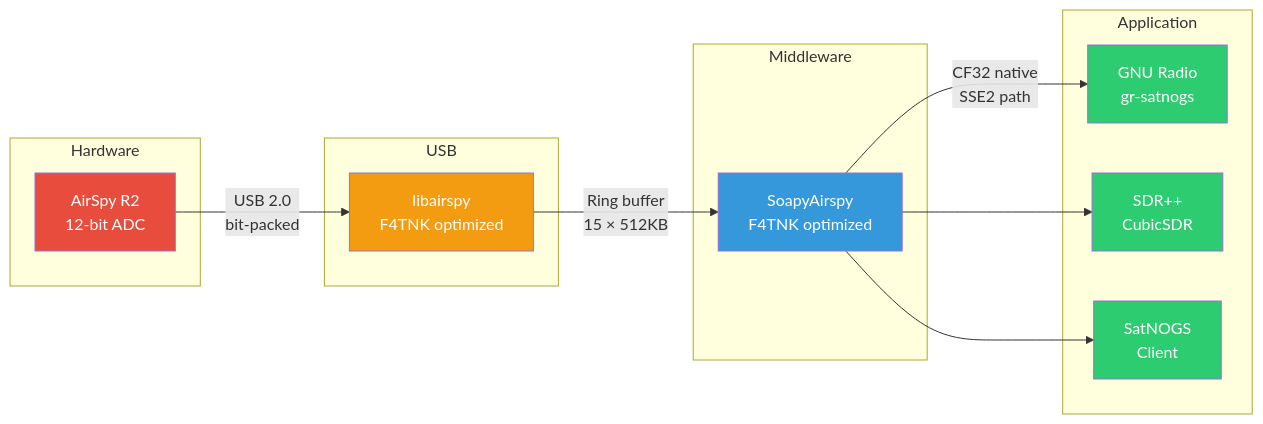
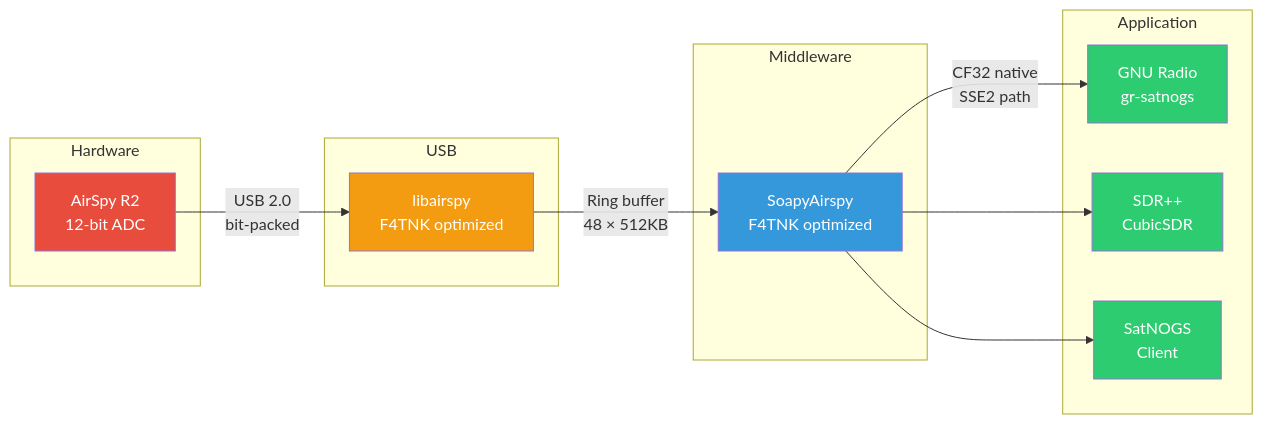
Before and after one commit to f4tnk/SoapyAirspy: the first of 9 diagrams in OPTIMIZATIONS-F4TNK.md, drawn with Mermaid. The commit also changed other lines of this file, not shown here.

````diff
--- a/OPTIMIZATIONS-F4TNK.md
+++ b/OPTIMIZATIONS-F4TNK.md
@@ -36,30 +37,30 @@
 ```mermaid
 graph LR
     subgraph Hardware
         A[AirSpy R2<br/>12-bit ADC]
     end
     subgraph USB
         B[libairspy<br/>F4TNK optimized]
     end
     subgraph Middleware
         C[SoapyAirspy<br/>F4TNK optimized]
     end
     subgraph Application
         D[GNU Radio<br/>gr-satnogs]
         E[SDR++<br/>CubicSDR]
         F[SatNOGS<br/>Client]
     end
 
     A -->|USB 2.0<br/>bit-packed| B
-    B -->|Ring buffer<br/>15 × 512KB| C
+    B -->|Ring buffer<br/>48 × 512KB| C
     C -->|CF32 native<br/>SSE2 path| D
     C --> E
     C --> F
 
     style A fill:#e74c3c,color:#fff
     style B fill:#f39c12,color:#fff
     style C fill:#3498db,color:#fff
     style D fill:#2ecc71,color:#fff
     style E fill:#2ecc71,color:#fff
     style F fill:#2ecc71,color:#fff
 ```
````
